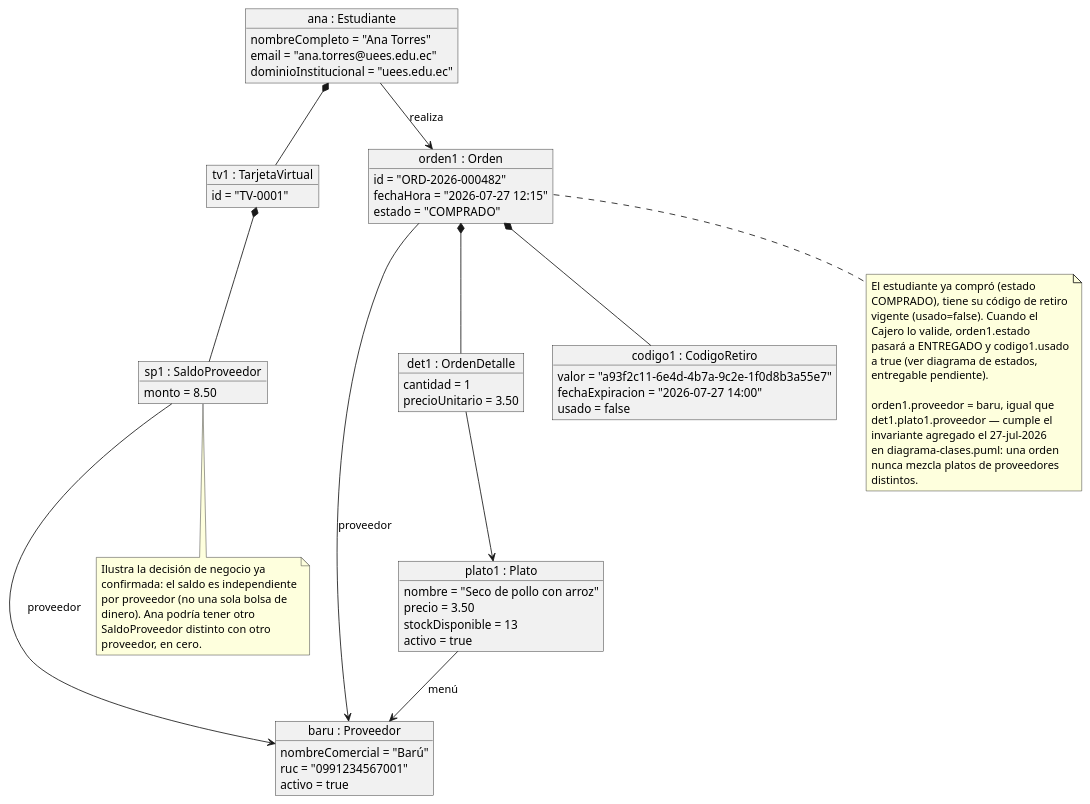
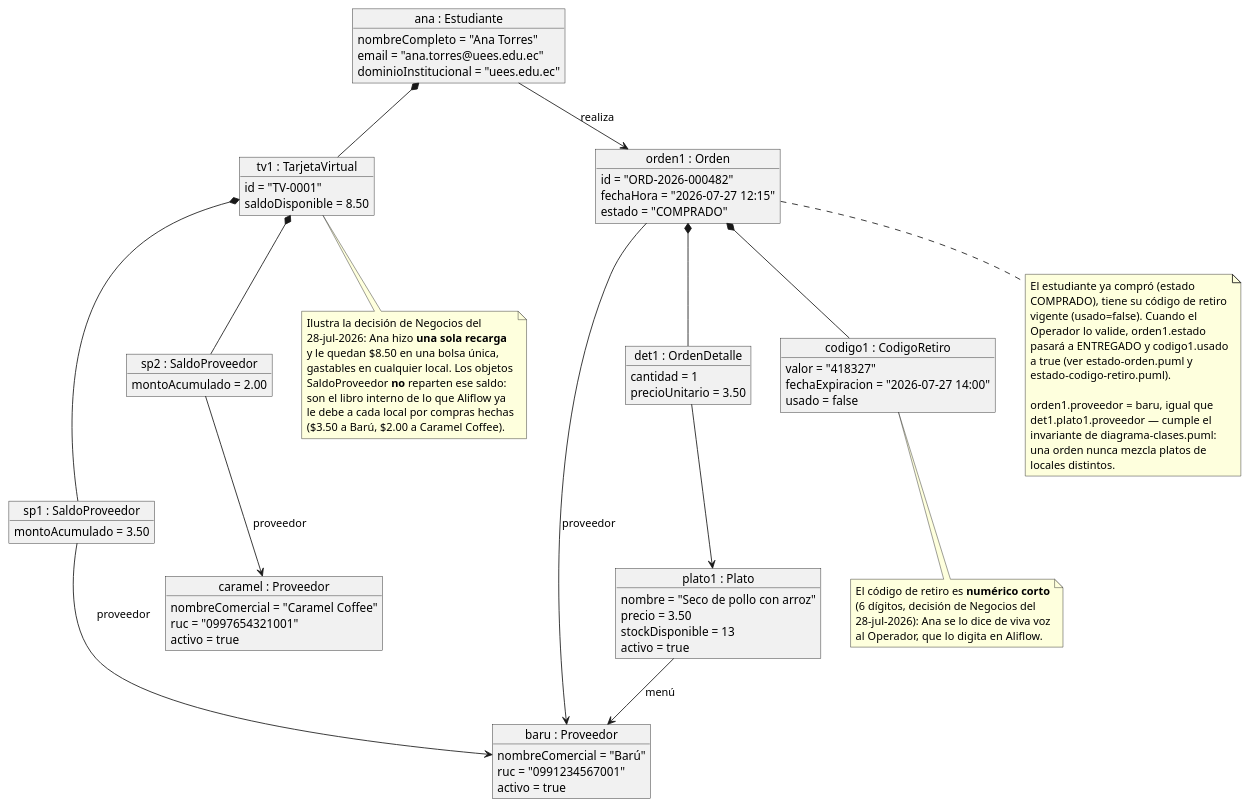
One commit to Jesus-JB/aliflow changed the diagram in uml/objeto-billetera-orden.puml. Above: the diagram before and after it, drawn with PlantUML. The commit also changed 47 other files, not shown here.

```diff
--- a/uml/objeto-billetera-orden.puml
+++ b/uml/objeto-billetera-orden.puml
@@ -1,85 +1,106 @@
 @startuml objeto-billetera-orden-aliflow
 
 skinparam packageStyle rectangle
 
 object "baru : Proveedor" as baru {
   nombreComercial = "Barú"
   ruc = "0991234567001"
+  activo = true
+}
+
+object "caramel : Proveedor" as caramel {
+  nombreComercial = "Caramel Coffee"
+  ruc = "0997654321001"
   activo = true
 }
 
 object "plato1 : Plato" as plato1 {
   nombre = "Seco de pollo con arroz"
   precio = 3.50
   stockDisponible = 13
   activo = true
 }
 
 object "ana : Estudiante" as ana {
   nombreCompleto = "Ana Torres"
   email = "ana.torres@uees.edu.ec"
   dominioInstitucional = "uees.edu.ec"
 }
 
 object "tv1 : TarjetaVirtual" as tv1 {
   id = "TV-0001"
+  saldoDisponible = 8.50
 }
 
 object "sp1 : SaldoProveedor" as sp1 {
-  monto = 8.50
+  montoAcumulado = 3.50
+}
+
+object "sp2 : SaldoProveedor" as sp2 {
+  montoAcumulado = 2.00
 }
 
 object "orden1 : Orden" as orden1 {
   id = "ORD-2026-000482"
   fechaHora = "2026-07-27 12:15"
   estado = "COMPRADO"
 }
 
 object "det1 : OrdenDetalle" as det1 {
   cantidad = 1
   precioUnitario = 3.50
 }
 
 object "codigo1 : CodigoRetiro" as codigo1 {
-  valor = "a93f2c11-6e4d-4b7a-9c2e-1f0d8b3a55e7"
+  valor = "418327"
   fechaExpiracion = "2026-07-27 14:00"
   usado = false
 }
 
 ana *-- tv1
 tv1 *-- sp1
+tv1 *-- sp2
 sp1 --> baru : proveedor
+sp2 --> caramel : proveedor
 ana --> orden1 : realiza
 orden1 --> baru : proveedor
 orden1 *-- det1
 det1 --> plato1
 plato1 --> baru : menú
 orden1 *-- codigo1
 
-note bottom of sp1
-  Ilustra la decisión de negocio ya
-  confirmada: el saldo es independiente
-  por proveedor (no una sola bolsa de
-  dinero). Ana podría tener otro
-  SaldoProveedor distinto con otro
-  proveedor, en cero.
+note bottom of tv1
+  Ilustra la decisión de Negocios del
+  28-jul-2026: Ana hizo **una sola recarga**
+  y le quedan $8.50 en una bolsa única,
+  gastables en cualquier local. Los objetos
+  SaldoProveedor **no** reparten ese saldo:
+  son el libro interno de lo que Aliflow ya
+  le debe a cada local por compras hechas
+  ($3.50 a Barú, $2.00 a Caramel Coffee).
+end note
+
+note bottom of codigo1
+  El código de retiro es **numérico corto**
+  (6 dígitos, decisión de Negocios del
+  28-jul-2026): Ana se lo dice de viva voz
+  al Operador, que lo digita en Aliflow.
 end note
 
 note bottom of orden1
   El estudiante ya compró (estado
   COMPRADO), tiene su código de retiro
   vigente (usado=false). Cuando el
-  Cajero lo valide, orden1.estado
+  Operador lo valide, orden1.estado
   pasará a ENTREGADO y codigo1.usado
-  a true (ver diagrama de estados,
-  entregable pendiente).
+  a true (ver estado-orden.puml y
+  estado-codigo-retiro.puml).
 
   orden1.proveedor = baru, igual que
   det1.plato1.proveedor — cumple el
-  invariante agregado el 27-jul-2026
-  en diagrama-clases.puml: una orden
-  nunca mezcla platos de proveedores
-  distintos.
+  invariante de diagrama-clases.puml:
+  una orden nunca mezcla platos de
+  locales distintos.
 end note
 
 @enduml
```
